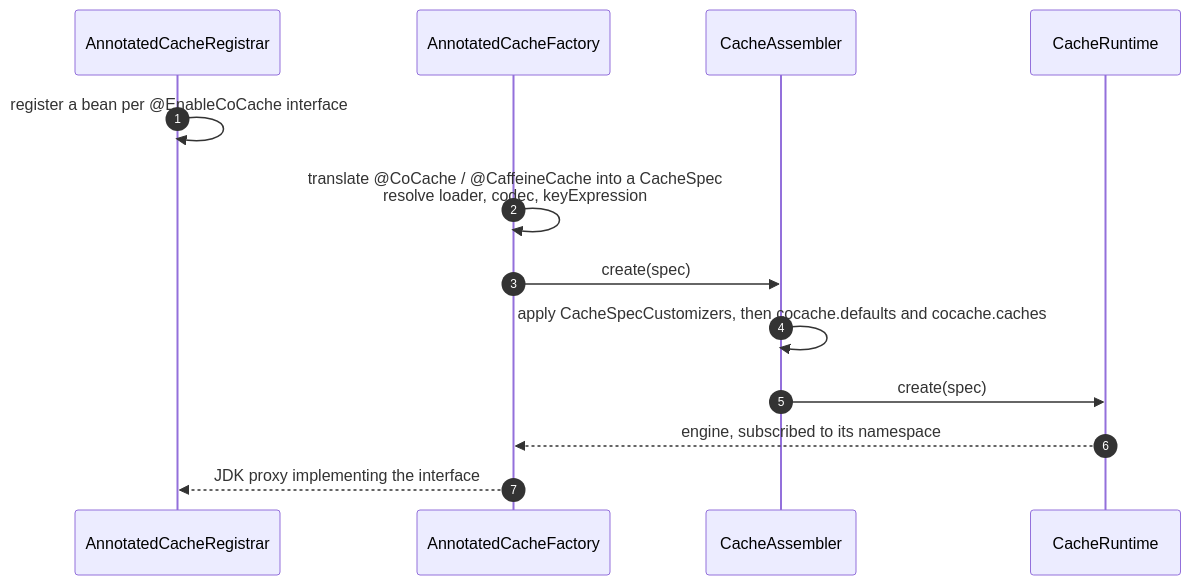
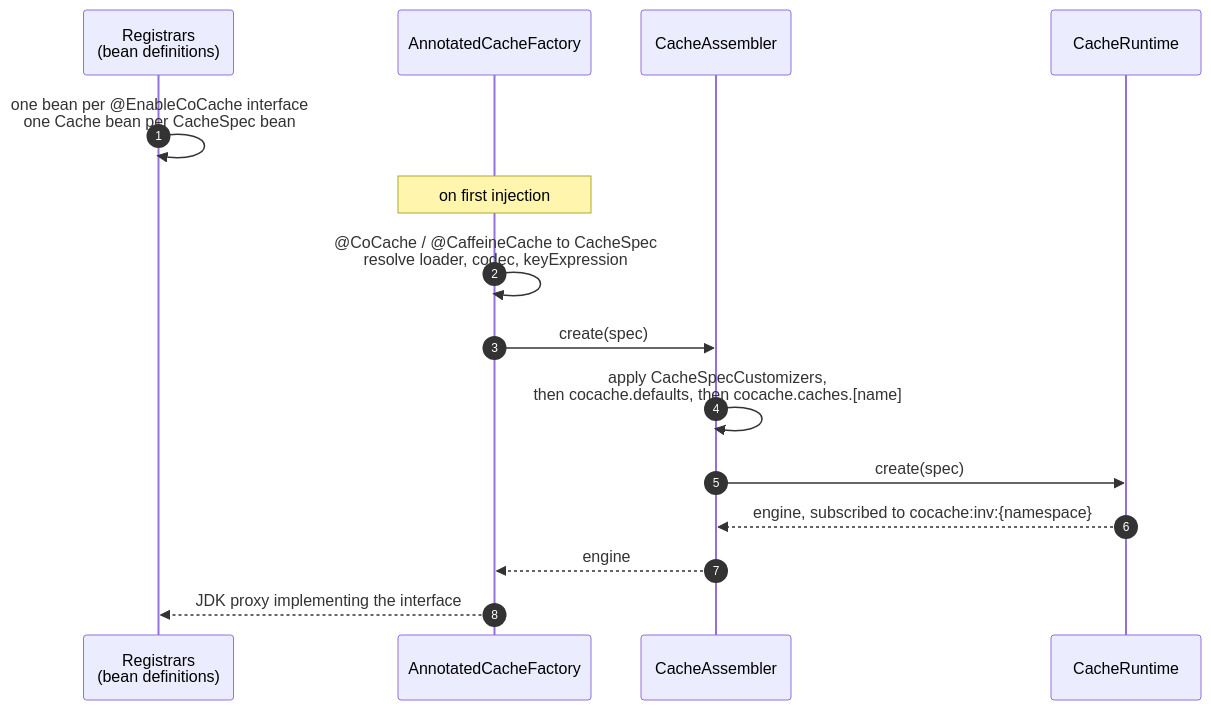
The second of 2 diagrams in wiki/architecture/index.md (Ahoo-Wang/CoCache), drawn with Mermaid before and after one commit. The commit also changed other lines of this file and 23 other files, not shown here.

Commit message:
fix(core): SetCache format checks; docs: rewrite operations and architecture (en + zh)

````diff
--- a/wiki/architecture/index.md
+++ b/wiki/architecture/index.md
@@ -94,15 +97,17 @@
 ```mermaid
 sequenceDiagram
     autonumber
-    participant R as AnnotatedCacheRegistrar
-    participant F as AnnotatedCacheFactory
-    participant A as CacheAssembler
+    participant Reg as Registrars<br>(bean definitions)
+    participant Fac as AnnotatedCacheFactory
+    participant Asm as CacheAssembler
     participant RT as CacheRuntime
-    R->>R: register a bean per @EnableCoCache interface
-    F->>F: translate @CoCache / @CaffeineCache into a CacheSpec<br>resolve loader, codec, keyExpression
-    F->>A: create(spec)
-    A->>A: apply CacheSpecCustomizers, then cocache.defaults and cocache.caches
-    A->>RT: create(spec)
-    RT-->>F: engine, subscribed to its namespace
-    F-->>R: JDK proxy implementing the interface
+    Reg->>Reg: one bean per @EnableCoCache interface<br>one Cache bean per CacheSpec bean
+    Note over Fac: on first injection
+    Fac->>Fac: @CoCache / @CaffeineCache to CacheSpec<br>resolve loader, codec, keyExpression
+    Fac->>Asm: create(spec)
+    Asm->>Asm: apply CacheSpecCustomizers,<br>then cocache.defaults, then cocache.caches.[name]
+    Asm->>RT: create(spec)
+    RT-->>Asm: engine, subscribed to cocache:inv:{namespace}
+    Asm-->>Fac: engine
+    Fac-->>Reg: JDK proxy implementing the interface
 ```
````
